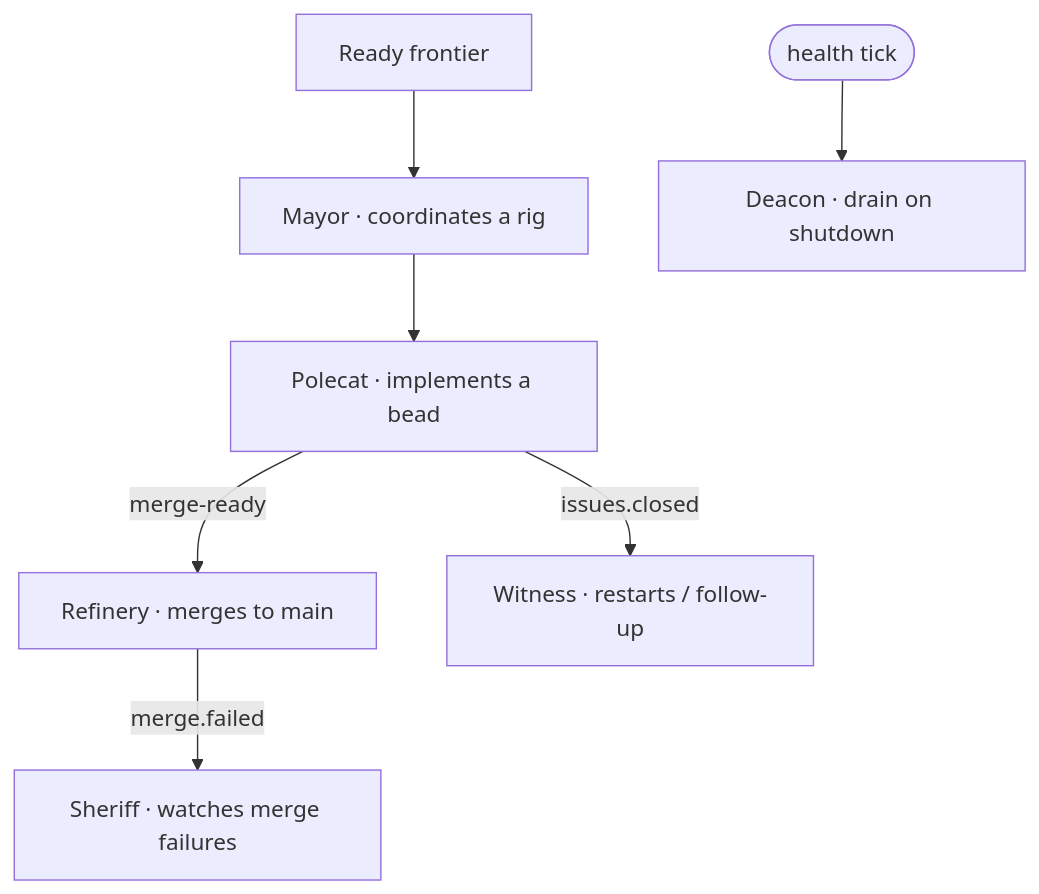
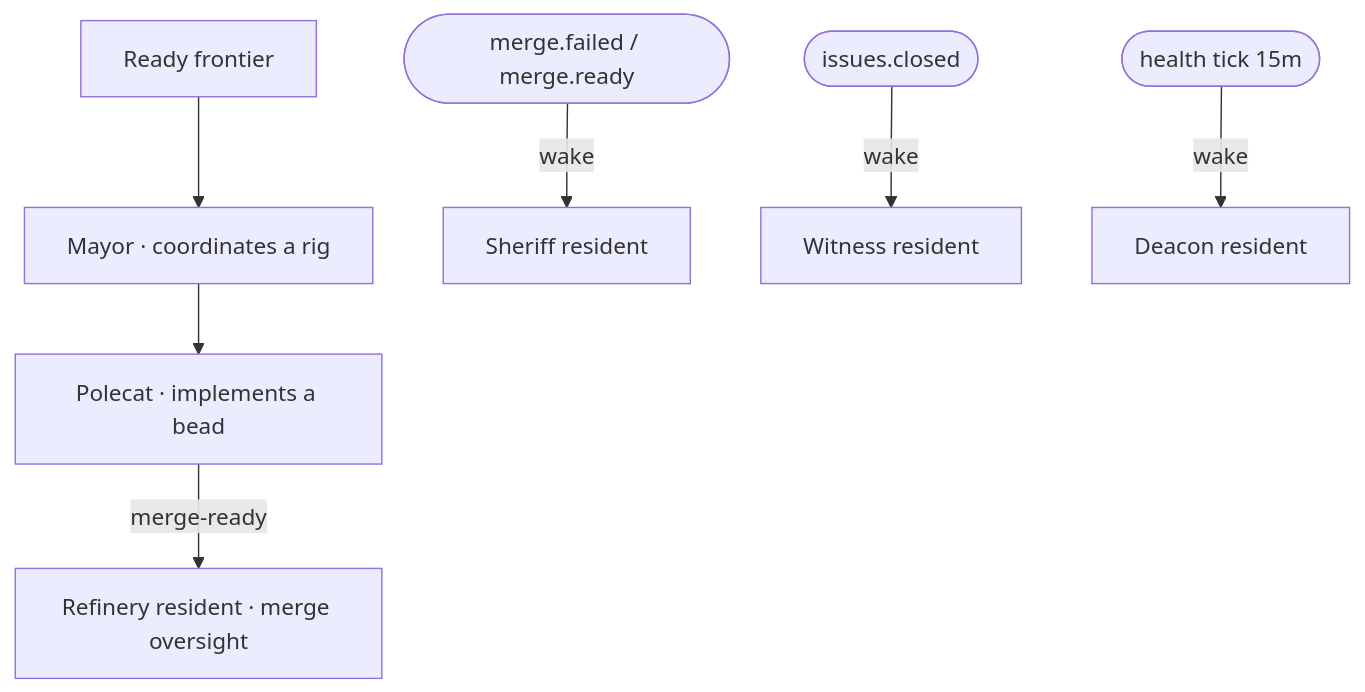
One commit to gt-core-labs/gt-docs changed the diagram in src/content/docs/en/platform/roles-and-agents.md. Above: the diagram before and after it, drawn with Mermaid. The commit also changed other lines of this file and 1 other file, not shown here.

First line of the commit message:
docs(platform): roles-and-agents — resident role sessions model (EN+ES)

````diff
--- a/src/content/docs/en/platform/roles-and-agents.md
+++ b/src/content/docs/en/platform/roles-and-agents.md
@@ -13,9 +13,9 @@
 ```mermaid
 flowchart TD
   frontier[Ready frontier] --> mayor
   mayor[Mayor · coordinates a rig] --> polecat[Polecat · implements a bead]
-  polecat -->|merge-ready| refinery[Refinery · merges to main]
-  refinery -->|merge.failed| sheriff[Sheriff · watches merge failures]
-  polecat -->|issues.closed| witness[Witness · restarts / follow-up]
-  health([health tick]) --> deacon[Deacon · drain on shutdown]
+  polecat -->|merge-ready| refinery[Refinery resident · merge oversight]
+  merge([merge.failed / merge.ready]) -->|wake| sheriff[Sheriff resident]
+  closed([issues.closed]) -->|wake| witness[Witness resident]
+  health([health tick 15m]) -->|wake| deacon[Deacon resident]
 ```
````
